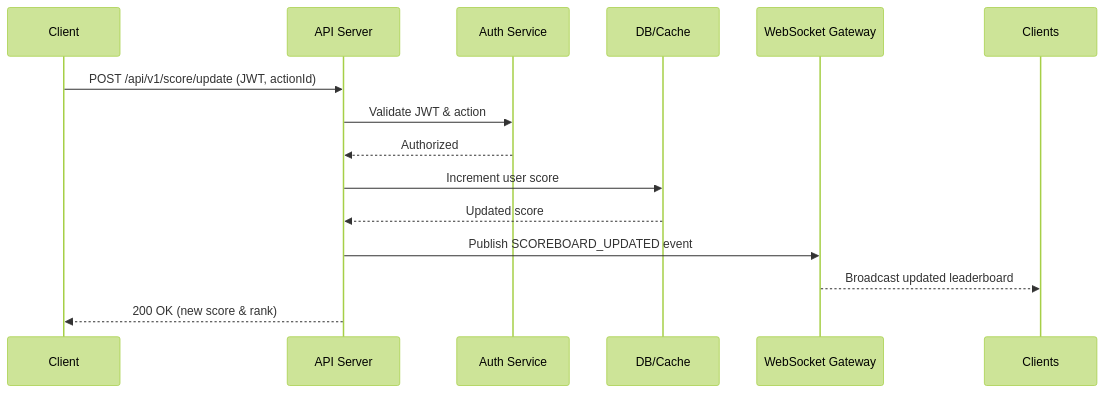
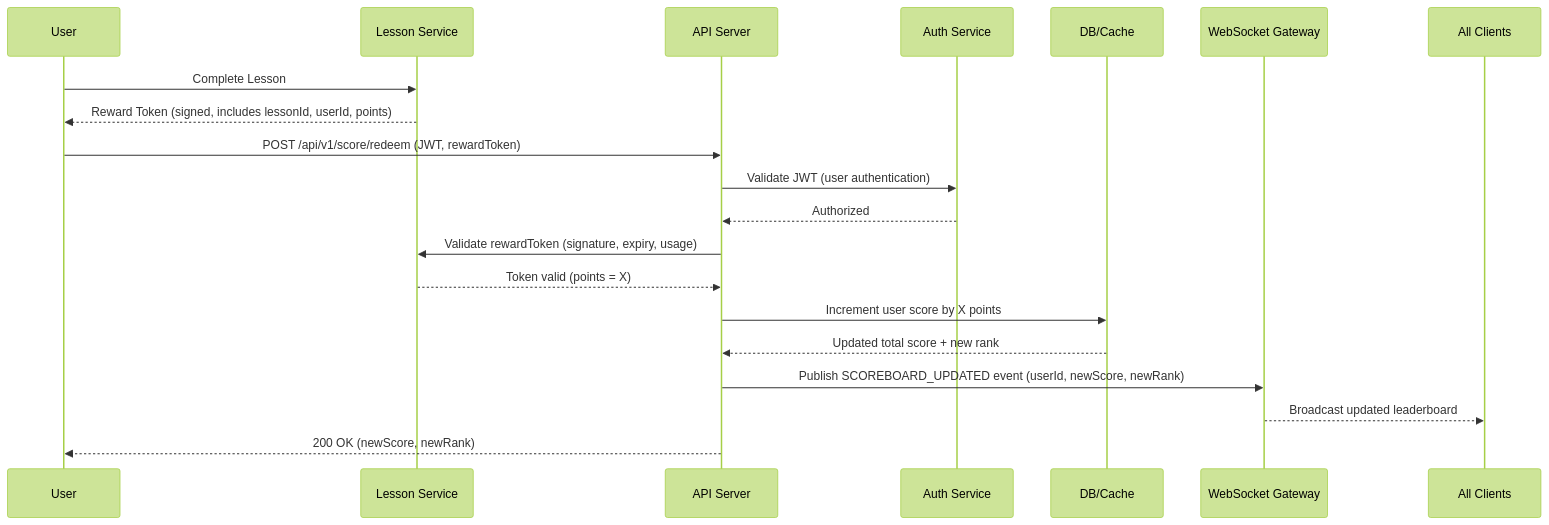
One commit to quocchungthan/code-challenge-backend-99techteam changed the diagram in src/problem6/README.md. Above: the diagram before and after it, drawn with Mermaid (forest theme). The commit also changed other lines of this file, not shown here.

Commit message:
write user story instead

````diff
--- a/src/problem6/README.md
+++ b/src/problem6/README.md
@@ -169,17 +46,30 @@
 ```mermaid
 sequenceDiagram
-    participant Client
+    participant User
+    participant Lesson Service
     participant API Server
     participant Auth Service
     participant DB/Cache
     participant WebSocket Gateway
 
-    Client->>API Server: POST /api/v1/score/update (JWT, actionId)
-    API Server->>Auth Service: Validate JWT & action
+    %% Step 1: Lesson completion
+    User->>Lesson Service: Complete Lesson
+    Lesson Service-->>User: Reward Token (signed, includes lessonId, userId, points)
+
+    %% Step 2: Score update request
+    User->>API Server: POST /api/v1/score/redeem (JWT, rewardToken)
+    API Server->>Auth Service: Validate JWT (user authentication)
     Auth Service-->>API Server: Authorized
-    API Server->>DB/Cache: Increment user score
-    DB/Cache-->>API Server: Updated score
-    API Server->>WebSocket Gateway: Publish SCOREBOARD_UPDATED event
-    WebSocket Gateway-->>Clients: Broadcast updated leaderboard
-    API Server-->>Client: 200 OK (new score & rank)
+
+    %% Step 3: Token validation & score update
+    API Server->>Lesson Service: Validate rewardToken (signature, expiry, usage)
+    Lesson Service-->>API Server: Token valid (points = X)
+    API Server->>DB/Cache: Increment user score by X points
+    DB/Cache-->>API Server: Updated total score + new rank
+
+    %% Step 4: Broadcast update
+    API Server->>WebSocket Gateway: Publish SCOREBOARD_UPDATED event (userId, newScore, newRank)
+    WebSocket Gateway-->>All Clients: Broadcast updated leaderboard
+    API Server-->>User: 200 OK (newScore, newRank)
+
 ```
````
